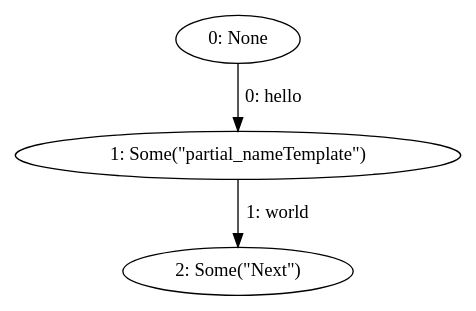
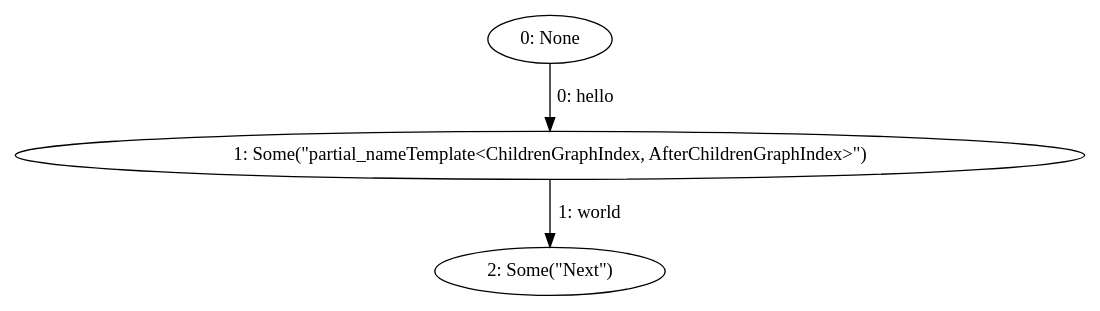
The diagram in partial_block.dot (mohe2015/zero-cost-templating), drawn with Graphviz before and after one commit. The commit also changed 1 other file, not shown here.

```diff
--- a/partial_block.dot
+++ b/partial_block.dot
@@ -1,7 +1,7 @@
 digraph {
     0 [ label = "0: None" ]
-    1 [ label = "1: Some(\"partial_nameTemplate\")" ]
+    1 [ label = "1: Some(\"partial_nameTemplate<ChildrenGraphIndex, AfterChildrenGraphIndex>\")" ]
     2 [ label = "2: Some(\"Next\")" ]
     0 -> 1 [ label = "0: hello" ]
     1 -> 2 [ label = "1: world" ]
 }
```
